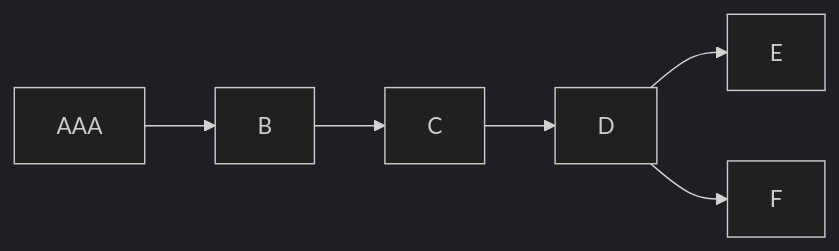
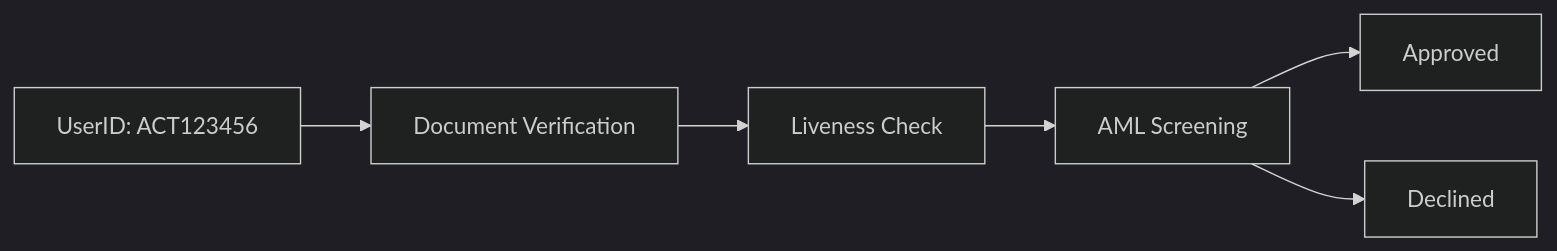
The diagram in id/id.mdx (Fantastic-Devs/Mintlify), drawn with Mermaid (dark theme) before and after one commit.

````diff
--- a/id/id.mdx
+++ b/id/id.mdx
@@ -17,10 +17,15 @@
 ```mermaid
 
 graph LR;
-A["AAA"];
+    A["UserID: ACT123456"];
+    B["Document Verification"];
+    C["Liveness Check"];
+    D["AML Screening"];
+    E["Approved"];
+    F["Declined"];
     A--> B;
     B--> C;
     C--> D;
     D--> E & F;
 
 ```
````
